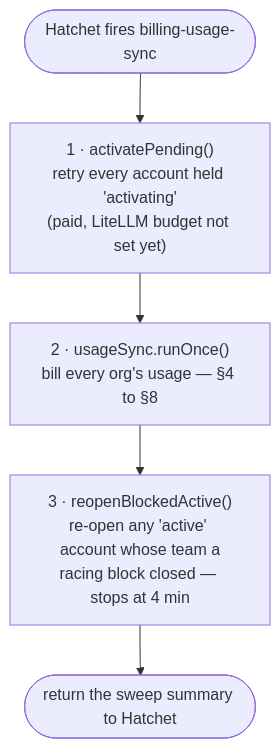
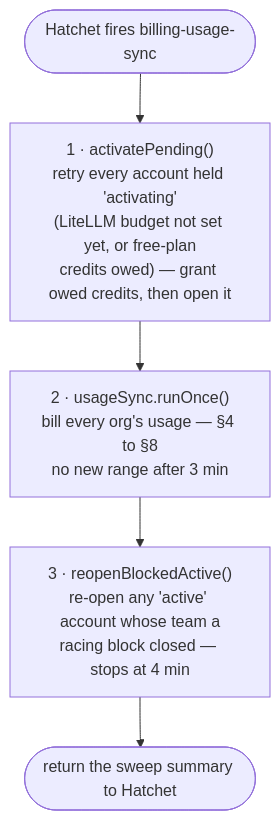
The diagram in docs/BILLING-WORKER.md (EnWithAI/enginos-billing), drawn with Mermaid before and after one commit. The commit also changed other lines of this file and 50 other files, not shown here.

````diff
--- a/docs/BILLING-WORKER.md
+++ b/docs/BILLING-WORKER.md
@@ -101,8 +111,8 @@
 ```mermaid
 flowchart TD
     T([Hatchet fires billing-usage-sync]) --> A
-    A["1 · activatePending()<br/>retry every account held 'activating'<br/>(paid, LiteLLM budget not set yet)"] --> S
-    S["2 · usageSync.runOnce()<br/>bill every org's usage — §4 to §8"] --> G
+    A["1 · activatePending()<br/>retry every account held 'activating'<br/>(LiteLLM budget not set yet, or free-plan<br/>credits owed) — grant owed credits, then open it"] --> S
+    S["2 · usageSync.runOnce()<br/>bill every org's usage — §4 to §8<br/>no new range after 3 min"] --> G
     G["3 · reopenBlockedActive()<br/>re-open any 'active' account whose team a<br/>racing block closed — stops at 4 min"] --> R
     R([return the sweep summary to Hatchet])
 ```
````
